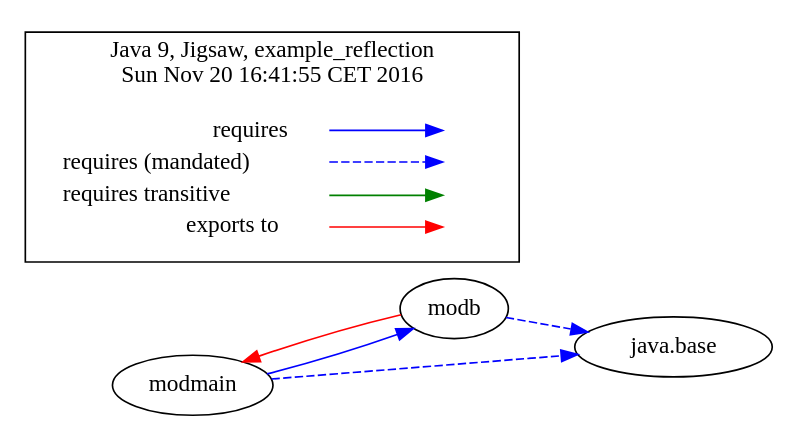
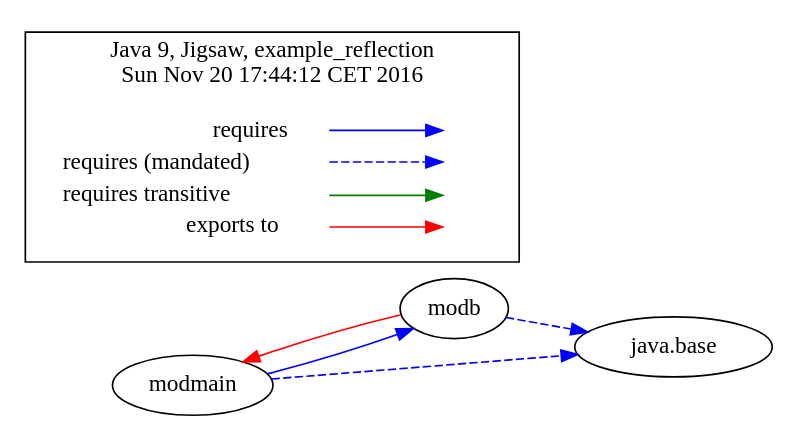
Before and after one commit to accso/java9-jigsaw-examples: the diagram in jigsaw-examples/example_reflection/moduledependencies-withlegend.dot, drawn with Graphviz. The commit also changed 84 other files, not shown here.

```diff
--- a/jigsaw-examples/example_reflection/moduledependencies-withlegend.dot
+++ b/jigsaw-examples/example_reflection/moduledependencies-withlegend.dot
@@ -1,33 +1,33 @@
-# Created by depvis.JigsawDepVisualizer on Sun Nov 20 16:41:55 CET 2016
+# Created by depvis.JigsawDepVisualizer on Sun Nov 20 17:44:12 CET 2016
 digraph Java9_Dependency_Visualizer {
 modmain[fontname="Consolas",shape="ellipse",label="modmain"];
 modb[fontname="Consolas",shape="ellipse",label="modb"];
 java_base[fontname="Consolas",shape="ellipse",label="java.base"];
 modmain -> modb[color="#0000ff",fontname="Consolas",fontcolor="#0000ff",weight="8"]
 modmain -> java_base[color="#0000ff",fontname="Consolas",fontcolor="#0000ff",style="dashed",weight="16"]
 modb -> java_base[color="#0000ff",fontname="Consolas",fontcolor="#0000ff",style="dashed",weight="16"]
 modb -> modmain[fontname="Consolas",fontcolor="#ff0000",color="#ff0000",weight="2"]
 rankdir=LR
 node [shape=plaintext]
 subgraph cluster_01 { 
   label = "Java 9, Jigsaw, example_reflection
-Sun Nov 20 16:41:55 CET 2016"
+Sun Nov 20 17:44:12 CET 2016"
   fontname="Consolas"
   key [label=<<table border="0" cellpadding="2" cellspacing="0" cellborder="0">
     <tr><td align="right" port="i1">requires</td></tr>
     <tr><td align="right" port="i2">requires (mandated)</td></tr>
     <tr><td align="right" port="i3">requires transitive</td></tr>
     <tr><td align="right" port="i4">exports to</td></tr>
     </table>>,fontname="Consolas"]
   key2 [label=<<table border="0" cellpadding="2" cellspacing="0" cellborder="0">
     <tr><td port="i1">&nbsp;</td></tr>
     <tr><td port="i2">&nbsp;</td></tr>
     <tr><td port="i3">&nbsp;</td></tr>
     <tr><td port="i4">&nbsp;</td></tr>
     </table>>,fontname="Consolas"]
   key:i1:e -> key2:i1:w [color=BLUE]
   key:i2:e -> key2:i2:w [color=BLUE, style=dashed]
   key:i3:e -> key2:i3:w [color=GREEN]
   key:i4:e -> key2:i4:w [color=RED]
 }
 }
```
